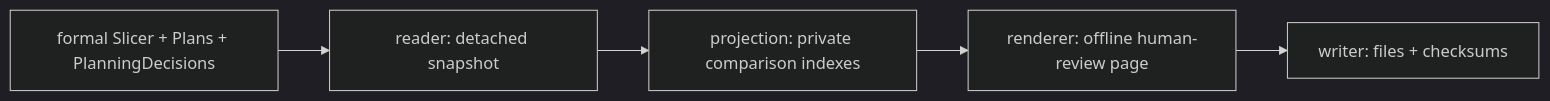
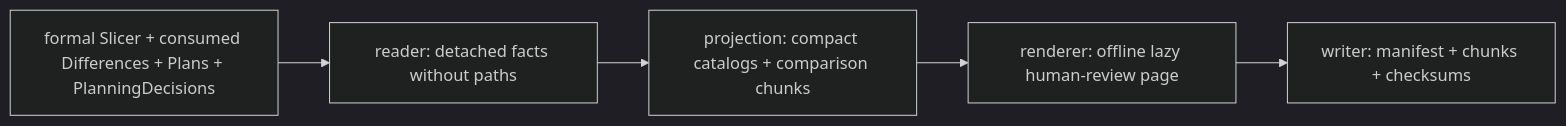
Before and after one commit to seed-labs/skyseed: the diagram in skyseed_v2/tools/planner/README.md, drawn with Mermaid (dark theme). The commit also changed other lines of this file and 79 other files, not shown here.

````diff
--- a/skyseed_v2/tools/planner/README.md
+++ b/skyseed_v2/tools/planner/README.md
@@ -11,7 +13,7 @@
 ```mermaid
 flowchart LR
-    F["formal Slicer + Plans + PlanningDecisions"] --> R["reader: detached snapshot"]
-    R --> P["projection: private comparison indexes"]
-    P --> U["renderer: offline human-review page"]
-    U --> W["writer: files + checksums"]
+    F["formal Slicer + consumed Differences + Plans + PlanningDecisions"] --> R["reader: detached facts without paths"]
+    R --> P["projection: compact catalogs + comparison chunks"]
+    P --> U["renderer: offline lazy human-review page"]
+    U --> W["writer: manifest + chunks + checksums"]
 ```
````
